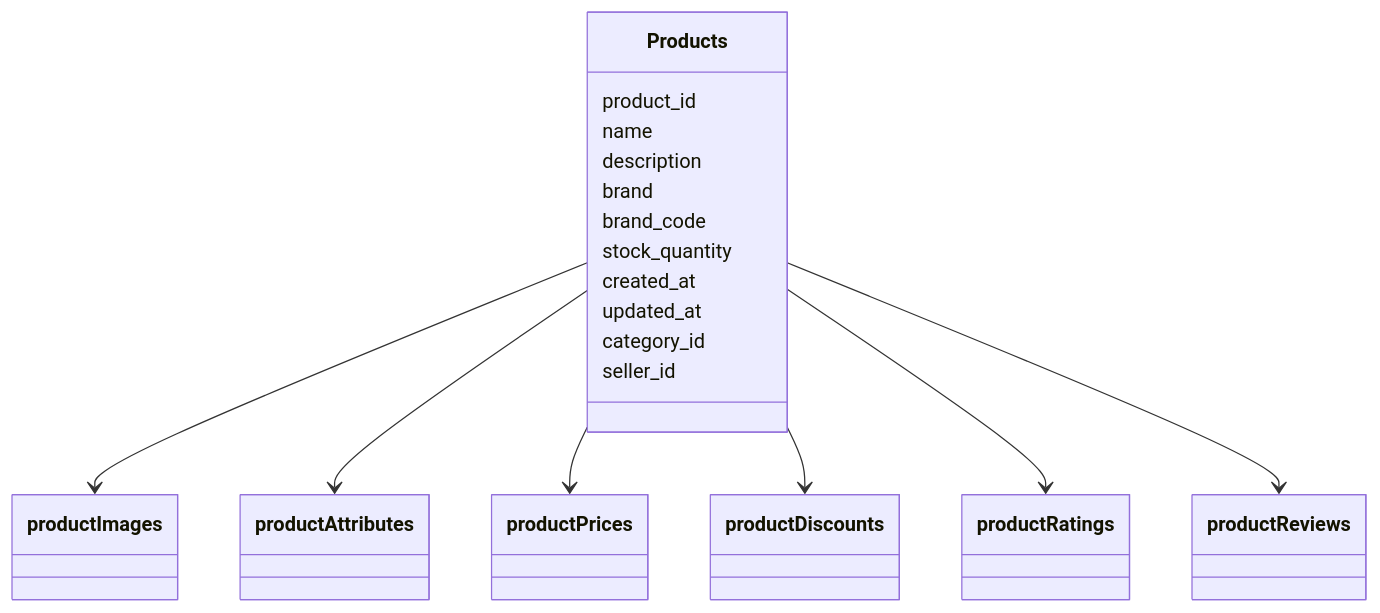
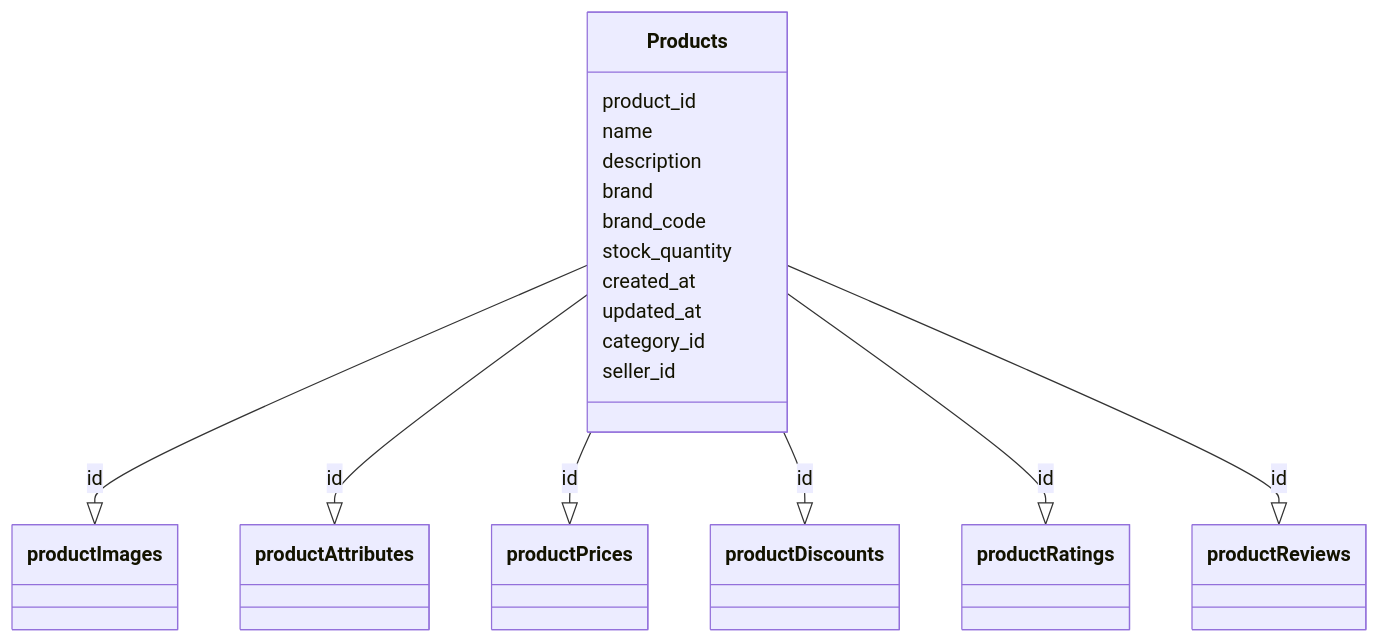
Before and after one commit to WadimSh/cms.werstack: the diagram in README.md, drawn with Mermaid.

````diff
--- a/README.md
+++ b/README.md
@@ -7,23 +7,23 @@
 ```mermaid
 classDiagram
 class Products {
   product_id
   name
   description
   brand
   brand_code
   stock_quantity
   created_at
   updated_at
   category_id
   seller_id
 }
 
-Products --> productImages
-Products --> productAttributes
-Products --> productPrices
-Products --> productDiscounts
-Products --> productRatings
-Products --> productReviews
+Products --|> productImages : id
+Products --|> productAttributes : id
+Products --|> productPrices : id
+Products --|> productDiscounts : id
+Products --|> productRatings : id
+Products --|> productReviews : id
      
 ```
````
